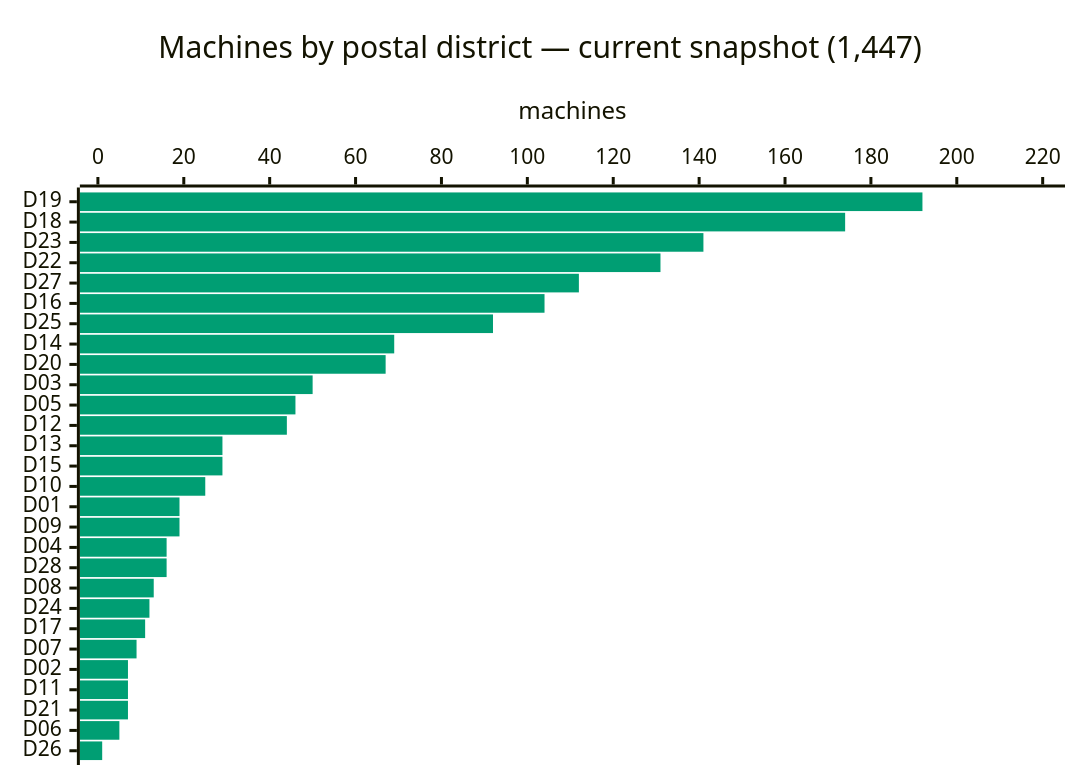
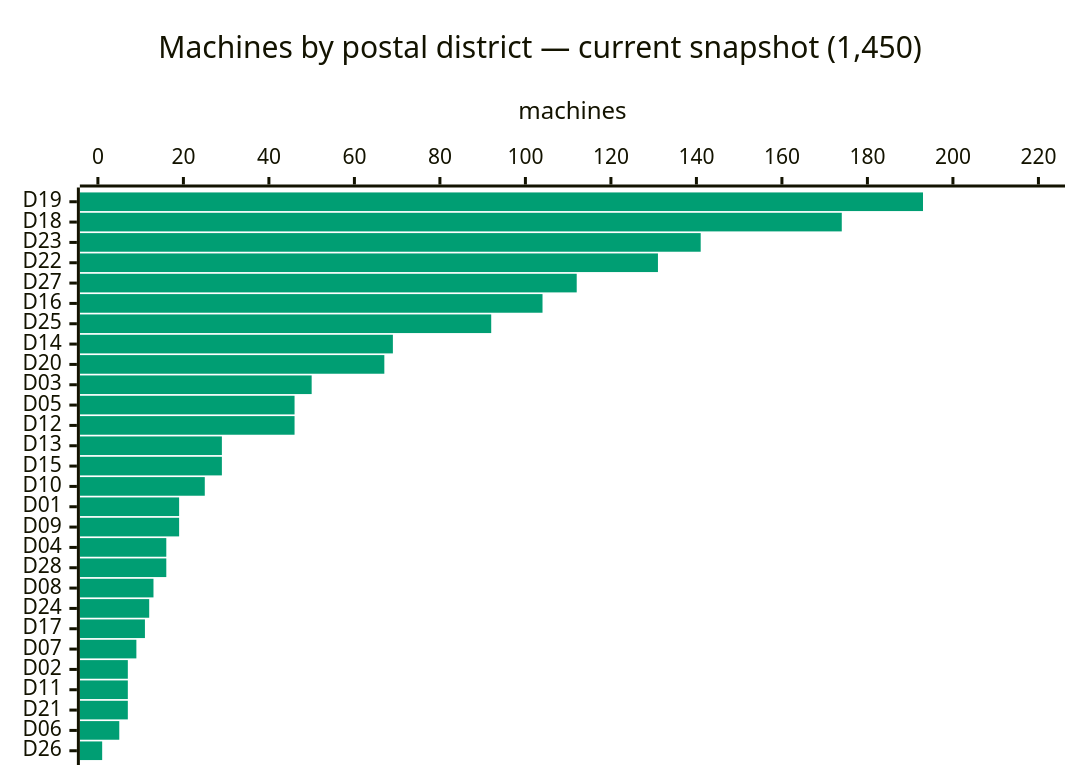
The third of 5 diagrams in ANALYSIS.md (cheeaun/returnright-data), drawn with Mermaid before and after one commit. The commit also changed other lines of this file and 4 other files, not shown here.

````diff
--- a/ANALYSIS.md
+++ b/ANALYSIS.md
@@ -88,16 +92,16 @@
 ```mermaid
 ---
 config:
   themeVariables:
     xyChart:
       plotColorPalette: "#009E73"
   xyChart:
     chartOrientation: "horizontal"
     plotReservedSpacePercent: 40
 ---
 xychart-beta
-    title "Machines by postal district — current snapshot (1,447)"
+    title "Machines by postal district — current snapshot (1,450)"
     x-axis ["D19", "D18", "D23", "D22", "D27", "D16", "D25", "D14", "D20", "D03", "D05", "D12", "D13", "D15", "D10", "D01", "D09", "D04", "D28", "D08", "D24", "D17", "D07", "D02", "D11", "D21", "D06", "D26"]
-    y-axis "machines" 0 --> 221
-    bar [192, 174, 141, 131, 112, 104, 92, 69, 67, 50, 46, 44, 29, 29, 25, 19, 19, 16, 16, 13, 12, 11, 9, 7, 7, 7, 5, 1]
+    y-axis "machines" 0 --> 222
+    bar [193, 174, 141, 131, 112, 104, 92, 69, 67, 50, 46, 46, 29, 29, 25, 19, 19, 16, 16, 13, 12, 11, 9, 7, 7, 7, 5, 1]
 ```
````
